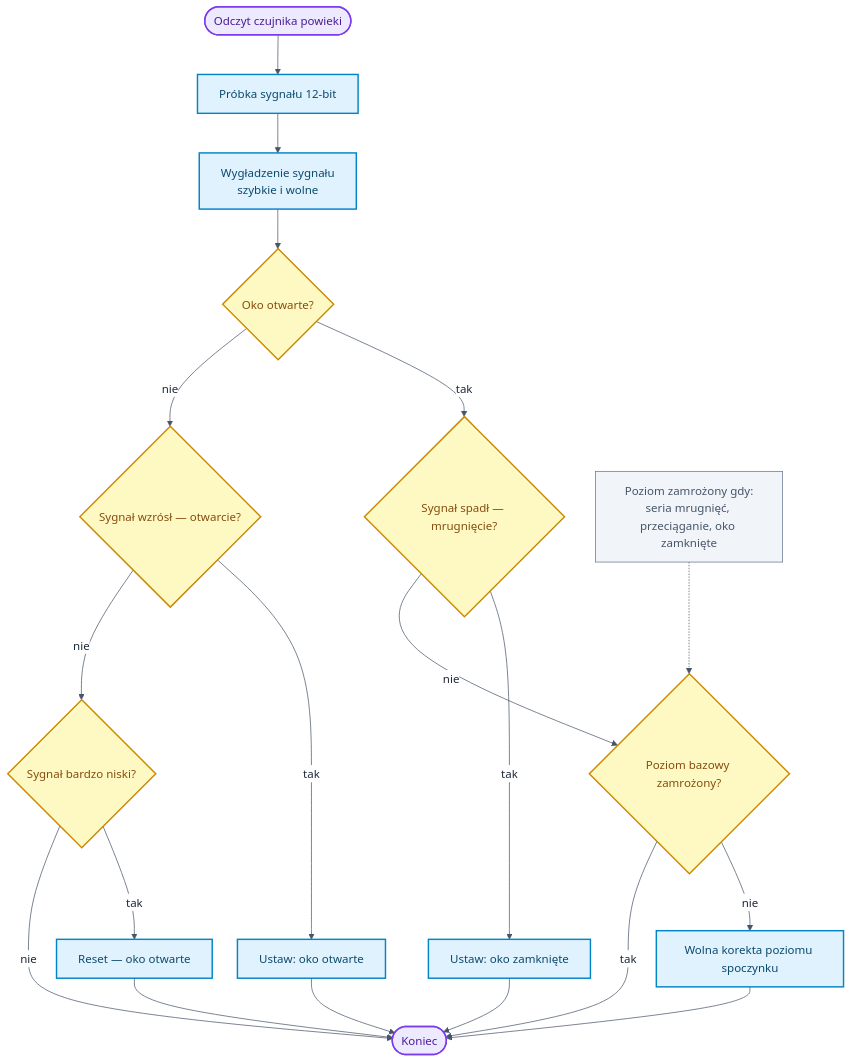
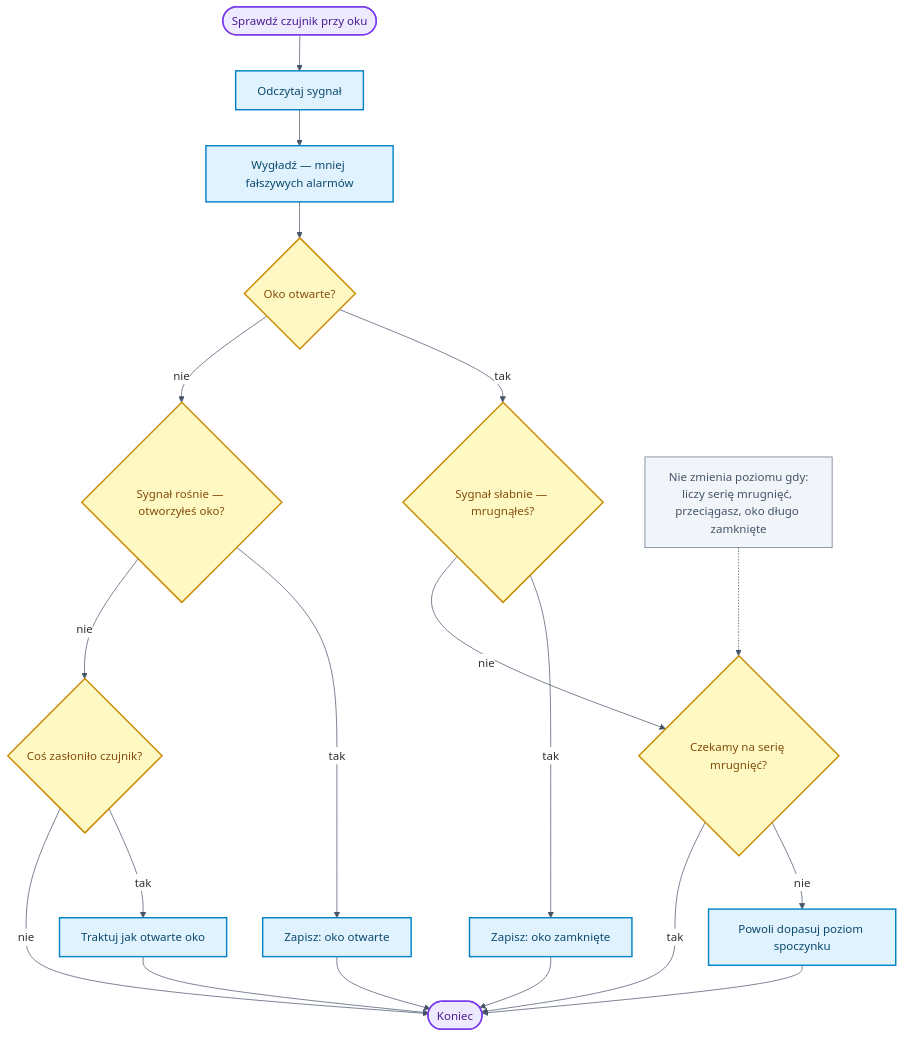
The seventh of 10 diagrams in README.md (bartkadres-ai/HEFAS-4.0), drawn with Mermaid before and after one commit. The commit also changed other lines of this file, not shown here.

````diff
--- a/README.md
+++ b/README.md
@@ -507,36 +509,36 @@
 ```mermaid
-%%{init: {"theme":"base","themeVariables":{"background":"#ffffff","mainBkg":"#ffffff","secondaryColor":"#ffffff","tertiaryColor":"#ffffff","primaryColor":"#ffffff","primaryTextColor":"#1e293b","secondaryTextColor":"#1e293b","tertiaryTextColor":"#1e293b","primaryBorderColor":"#64748b","lineColor":"#475569","clusterBkg":"#f8fafc","clusterBorder":"#cbd5e1","edgeLabelBackground":"#ffffff","textColor":"#1e293b","noteBkgColor":"#f8fafc","noteTextColor":"#475569"},"themeCSS":".mermaid,.mermaid svg{background-color:#ffffff!important;padding:8px}.nodeLabel,.edgeLabel,.label,.cluster-label{color:#1e293b!important}.cluster rect{fill:#f8fafc!important;stroke:#cbd5e1!important}","flowchart":{"curve":"basis","nodeSpacing":35,"rankSpacing":55}}}%%
+%%{init: { 'theme': 'default', 'themeVariables': { 'darkMode': false, 'background': '#ffffff', 'mainBkg': '#ffffff', 'primaryColor': '#ffffff', 'secondaryColor': '#ffffff', 'tertiaryColor': '#ffffff', 'primaryTextColor': '#1e293b', 'lineColor': '#475569', 'clusterBkg': '#f8fafc', 'clusterBorder': '#cbd5e1', 'edgeLabelBackground': '#ffffff', 'noteBkgColor': '#f8fafc', 'noteTextColor': '#475569' }}}%%
 flowchart TD
-    A([Odczyt czujnika powieki]) --> ADC[Próbka sygnału 12-bit]
-    ADC --> EMA["Wygładzenie sygnału<br/>szybkie i wolne"]
+    A([Sprawdź czujnik przy oku]) --> ADC[Odczytaj sygnał]
+    ADC --> EMA[Wygładź — mniej fałszywych alarmów]
 
     EMA --> OTW{Oko otwarte?}
 
-    OTW -->|tak| TRIG{Sygnał spadł — mrugnięcie?}
-    TRIG -->|tak| ZAM[Ustaw: oko zamknięte]
-    TRIG -->|nie| FRZ{Poziom bazowy zamrożony?}
-    FRZ -->|nie| ADAPT[Wolna korekta poziomu spoczynku]
+    OTW -->|tak| TRIG{Sygnał słabnie — mrugnąłeś?}
+    TRIG -->|tak| ZAM[Zapisz: oko zamknięte]
+    TRIG -->|nie| FRZ{Czekamy na serię mrugnięć?}
+    FRZ -->|nie| ADAPT[Powoli dopasuj poziom spoczynku]
     FRZ -->|tak| KON
 
-    OTW -->|nie| REL{Sygnał wzrósł — otwarcie?}
-    REL -->|tak| OOTW[Ustaw: oko otwarte]
-    REL -->|nie| MECH{Sygnał bardzo niski?}
-    MECH -->|tak| MECHR[Reset — oko otwarte]
+    OTW -->|nie| REL{Sygnał rośnie — otworzyłeś oko?}
+    REL -->|tak| OOTW[Zapisz: oko otwarte]
+    REL -->|nie| MECH{Coś zasłoniło czujnik?}
+    MECH -->|tak| MECHR[Traktuj jak otwarte oko]
     MECH -->|nie| KON
 
     ZAM --> KON([Koniec])
     ADAPT --> KON
     OOTW --> KON
     MECHR --> KON
 
-    NOTE["Poziom zamrożony gdy:<br/>seria mrugnięć, przeciąganie, oko zamknięte"] -.-> FRZ
+    NOTE["Nie zmienia poziomu gdy:<br/>liczy serię mrugnięć, przeciągasz, oko długo zamknięte"] -.-> FRZ
 
     classDef startEnd fill:#ede9fe,stroke:#7c3aed,stroke-width:2px,color:#4c1d95
     classDef process fill:#e0f2fe,stroke:#0284c7,stroke-width:2px,color:#0c4a6e
     classDef decision fill:#fef9c3,stroke:#ca8a04,stroke-width:2px,color:#854d0e
     classDef note fill:#f1f5f9,stroke:#64748b,stroke-width:1px,color:#475569
     class A,KON startEnd
     class ADC,EMA,ZAM,ADAPT,OOTW,MECHR process
     class OTW,TRIG,FRZ,REL,MECH decision
     class NOTE note
 ```
````
